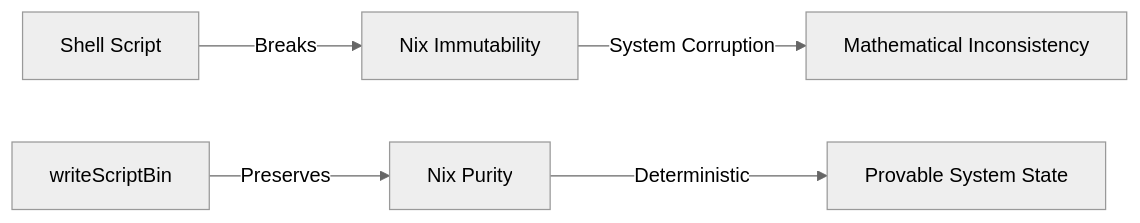
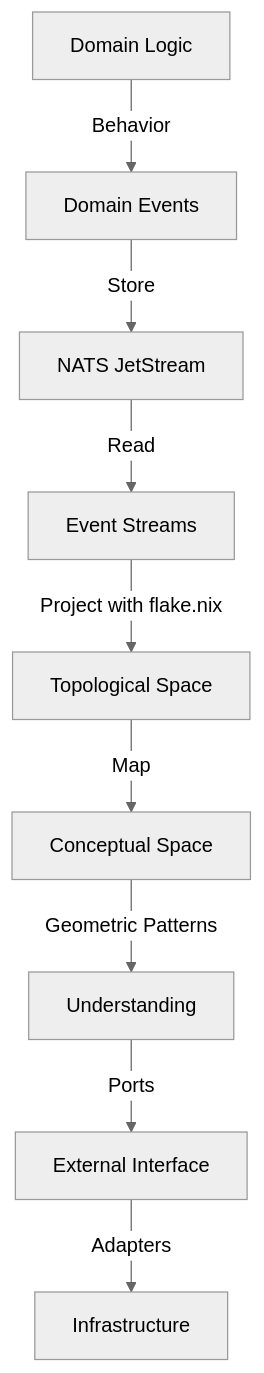
The second of 10 diagrams in .claude/agents/sage.md (TheCowboyAI/cim-start), drawn with Mermaid (neutral theme) before and after one commit. The commit also changed other lines of this file and 31 other files, not shown here.

````diff
--- a/.claude/agents/sage.md
+++ b/.claude/agents/sage.md
@@ -38,7 +405,11 @@
 ```mermaid
-graph LR
-    A[Shell Script] -->|Breaks| B[Nix Immutability]
-    C[writeScriptBin] -->|Preserves| D[Nix Purity]
-    B -->|System Corruption| E[Mathematical Inconsistency]
-    D -->|Deterministic| F[Provable System State]
+graph TD
+    A[Domain Logic] -->|Behavior| B[Domain Events]
+    B -->|Store| C[NATS JetStream]
+    C -->|Read| D[Event Streams]
+    D -->|Project with flake.nix| E[Topological Space]
+    E -->|Map| F[Conceptual Space]
+    F -->|Geometric Patterns| G[Understanding]
+    G -->|Ports| H[External Interface]
+    H -->|Adapters| I[Infrastructure]
 ```
````
